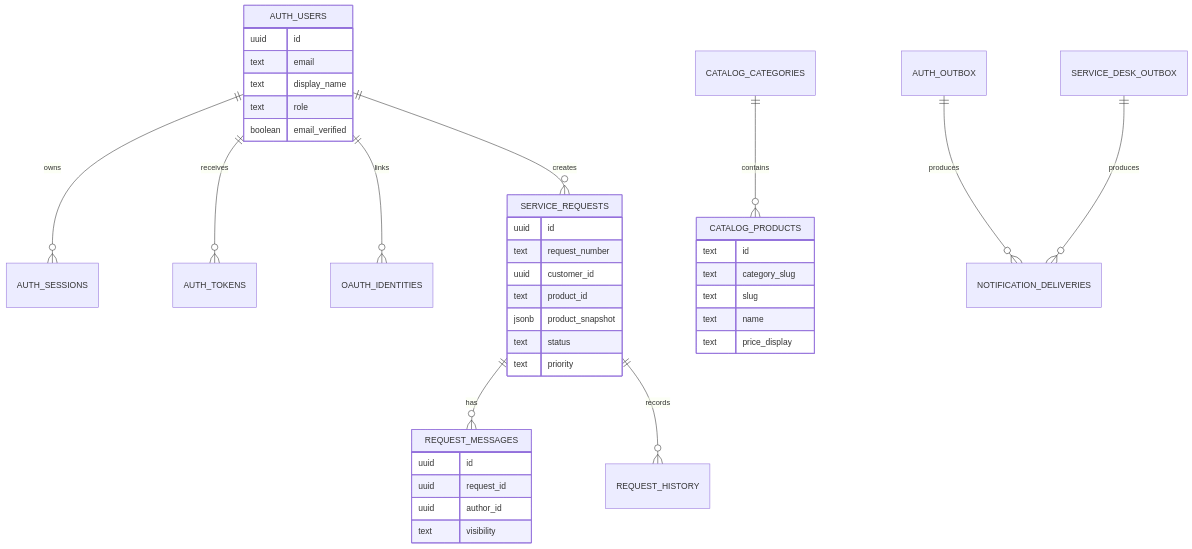
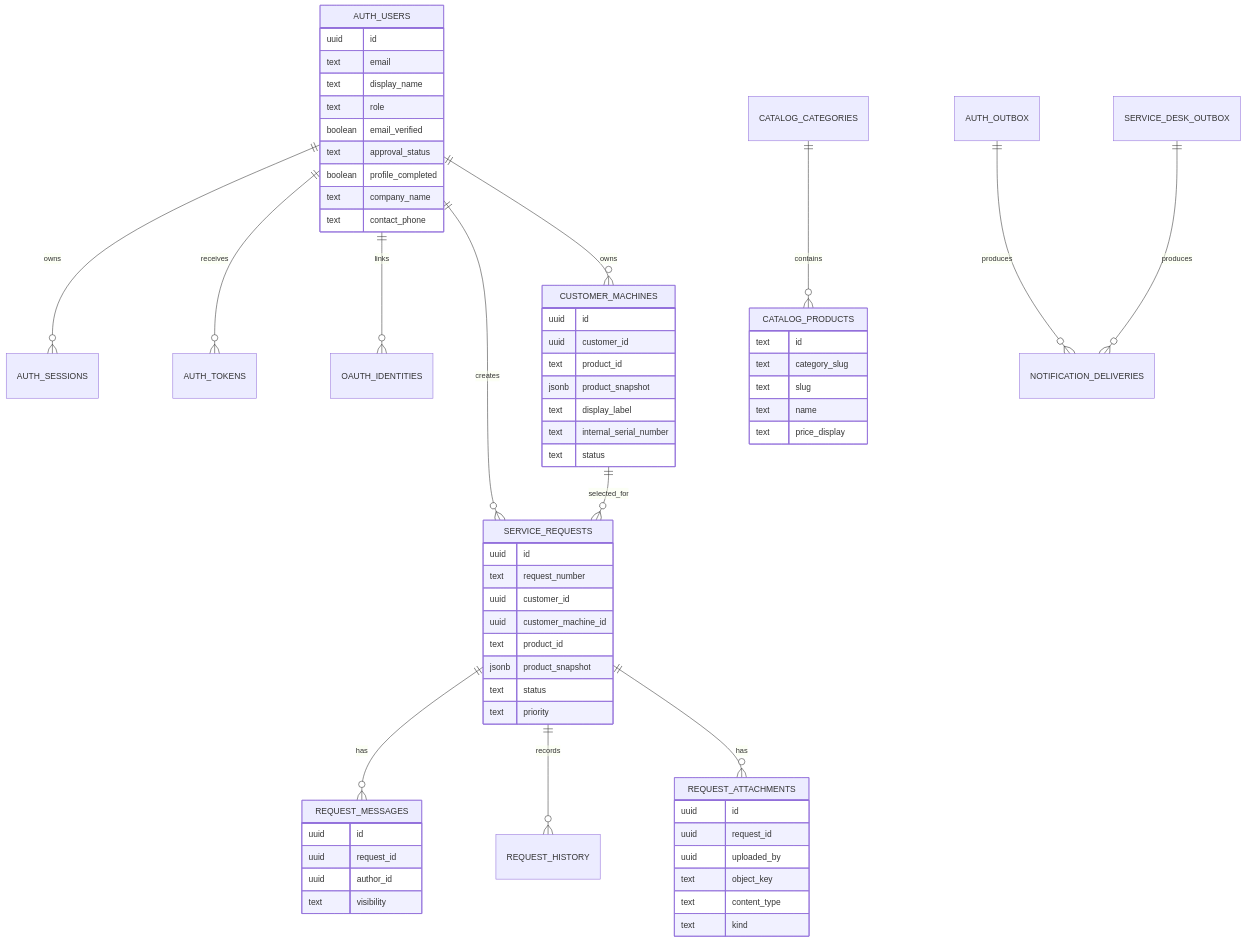
Diagram 11 of 11 in README.md (ka8540/elkatech-launchpad), drawn with Mermaid before and after one commit. The commit also changed other lines of this file, not shown here.

````diff
--- a/README.md
+++ b/README.md
@@ -613,42 +783,67 @@
 ```mermaid
 erDiagram
     AUTH_USERS ||--o{ AUTH_SESSIONS : owns
     AUTH_USERS ||--o{ AUTH_TOKENS : receives
     AUTH_USERS ||--o{ OAUTH_IDENTITIES : links
     AUTH_USERS ||--o{ SERVICE_REQUESTS : creates
+    AUTH_USERS ||--o{ CUSTOMER_MACHINES : owns
+    CUSTOMER_MACHINES ||--o{ SERVICE_REQUESTS : selected_for
     CATALOG_CATEGORIES ||--o{ CATALOG_PRODUCTS : contains
     SERVICE_REQUESTS ||--o{ REQUEST_MESSAGES : has
     SERVICE_REQUESTS ||--o{ REQUEST_HISTORY : records
+    SERVICE_REQUESTS ||--o{ REQUEST_ATTACHMENTS : has
     AUTH_OUTBOX ||--o{ NOTIFICATION_DELIVERIES : produces
     SERVICE_DESK_OUTBOX ||--o{ NOTIFICATION_DELIVERIES : produces
 
     AUTH_USERS {
       uuid id
       text email
       text display_name
       text role
       boolean email_verified
+      text approval_status
+      boolean profile_completed
+      text company_name
+      text contact_phone
     }
     CATALOG_PRODUCTS {
       text id
       text category_slug
       text slug
       text name
       text price_display
     }
+    CUSTOMER_MACHINES {
+      uuid id
+      uuid customer_id
+      text product_id
+      jsonb product_snapshot
+      text display_label
+      text internal_serial_number
+      text status
+    }
     SERVICE_REQUESTS {
       uuid id
       text request_number
       uuid customer_id
+      uuid customer_machine_id
       text product_id
       jsonb product_snapshot
       text status
       text priority
     }
     REQUEST_MESSAGES {
       uuid id
       uuid request_id
       uuid author_id
       text visibility
     }
+    REQUEST_ATTACHMENTS {
+      uuid id
+      uuid request_id
+      uuid uploaded_by
+      text object_key
+      text content_type
+      text kind
+    }
 ```
````
